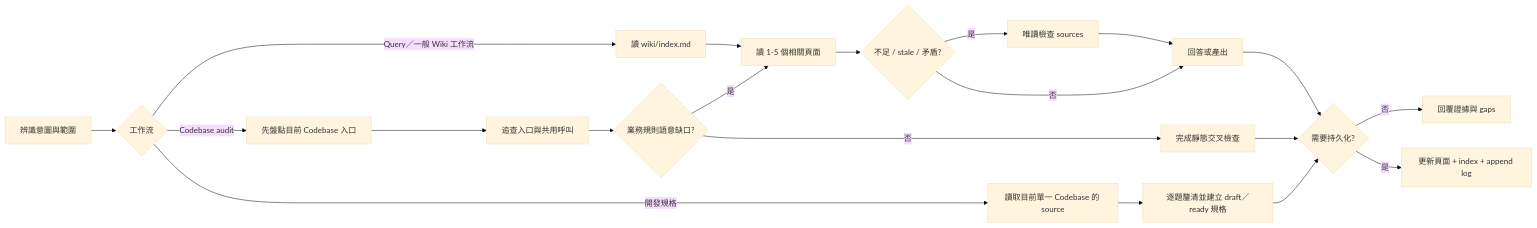
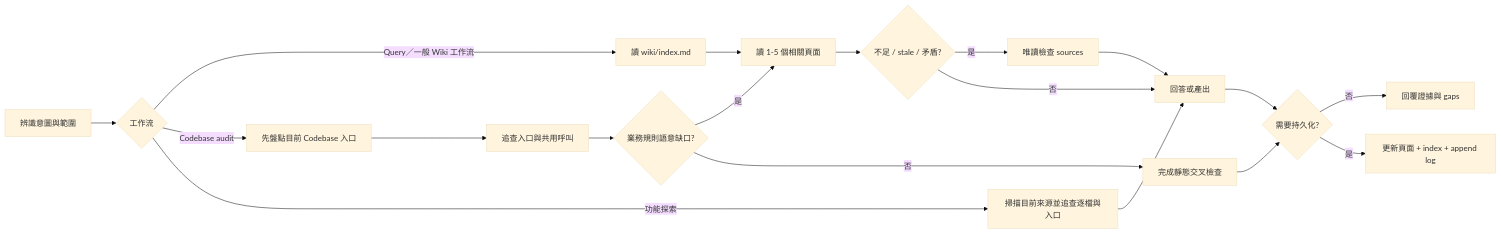
The diagram in docs/product/workflows/README.md (dennis8499/code-base-llm-wiki), drawn with Mermaid (base theme) before and after one commit. The commit also changed other lines of this file and 51 other files, not shown here.

````diff
--- a/docs/product/workflows/README.md
+++ b/docs/product/workflows/README.md
@@ -7,22 +7,21 @@
 ```mermaid
 flowchart LR
     Intent[辨識意圖與範圍] --> Route{工作流}
     Route -->|Query／一般 Wiki 工作流| Index[讀 wiki/index.md]
     Route -->|Codebase audit| Inventory[先盤點目前 Codebase 入口]
-    Route -->|開發規格| SpecSource[讀取目前單一 Codebase 的 source]
-    SpecSource --> SpecWork[逐題釐清並建立 draft／ready 規格]
-    SpecWork --> Persist
+    Route -->|功能探索| Explore[掃描目前來源並追查逐檔與入口]
+    Explore --> Work
     Index --> Pages[讀 1-5 個相關頁面]
     Pages --> Gap{不足 / stale / 矛盾?}
     Gap -->|是| Source[唯讀檢查 sources]
     Gap -->|否| Work[回答或產出]
     Source --> Work
     Inventory --> Trace[追查入口與共用呼叫]
     Trace --> BusinessGap{業務規則語意缺口?}
     BusinessGap -->|是| Pages
     BusinessGap -->|否| AuditWork[完成靜態交叉檢查]
     AuditWork --> Persist
     Work --> Persist{需要持久化?}
     Persist -->|否| Done[回覆證據與 gaps]
     Persist -->|是| Update[更新頁面 + index + append log]
 ```
````
